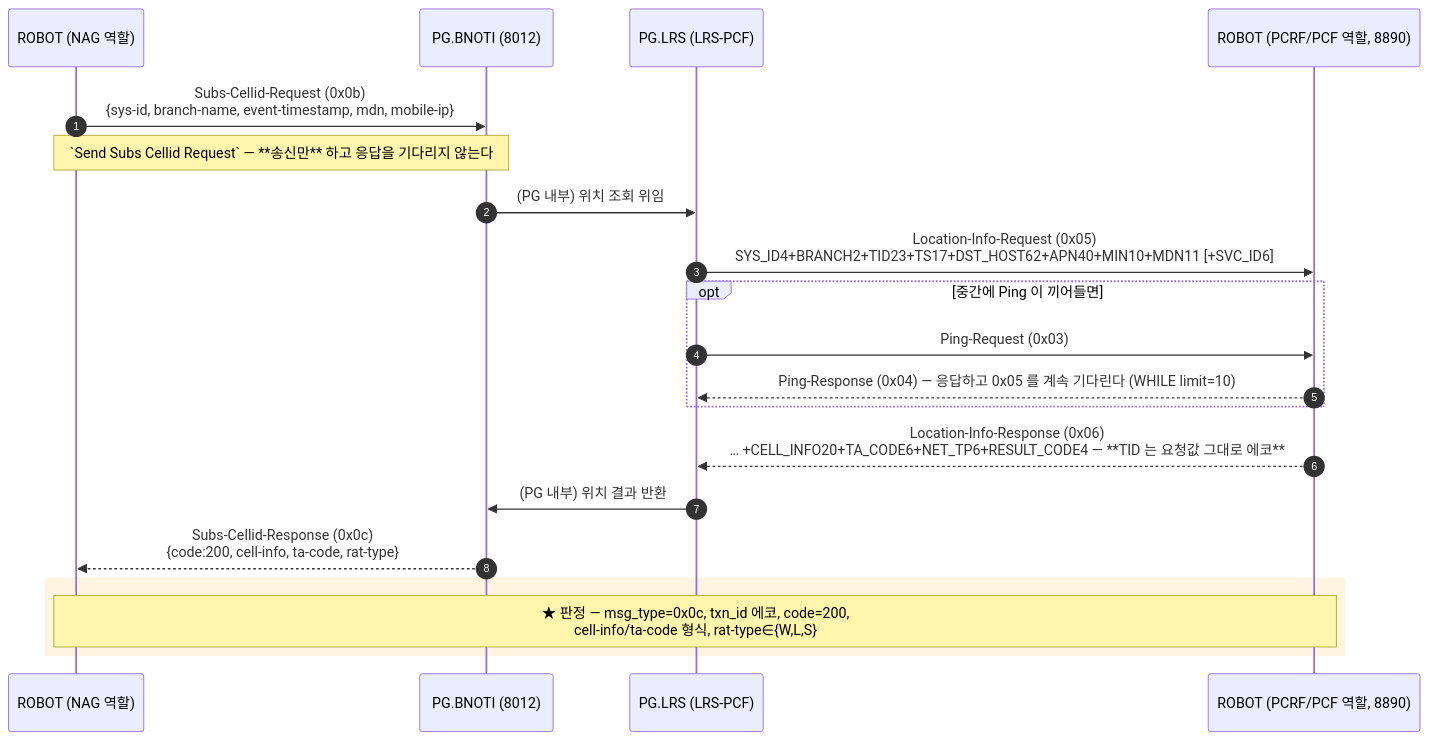
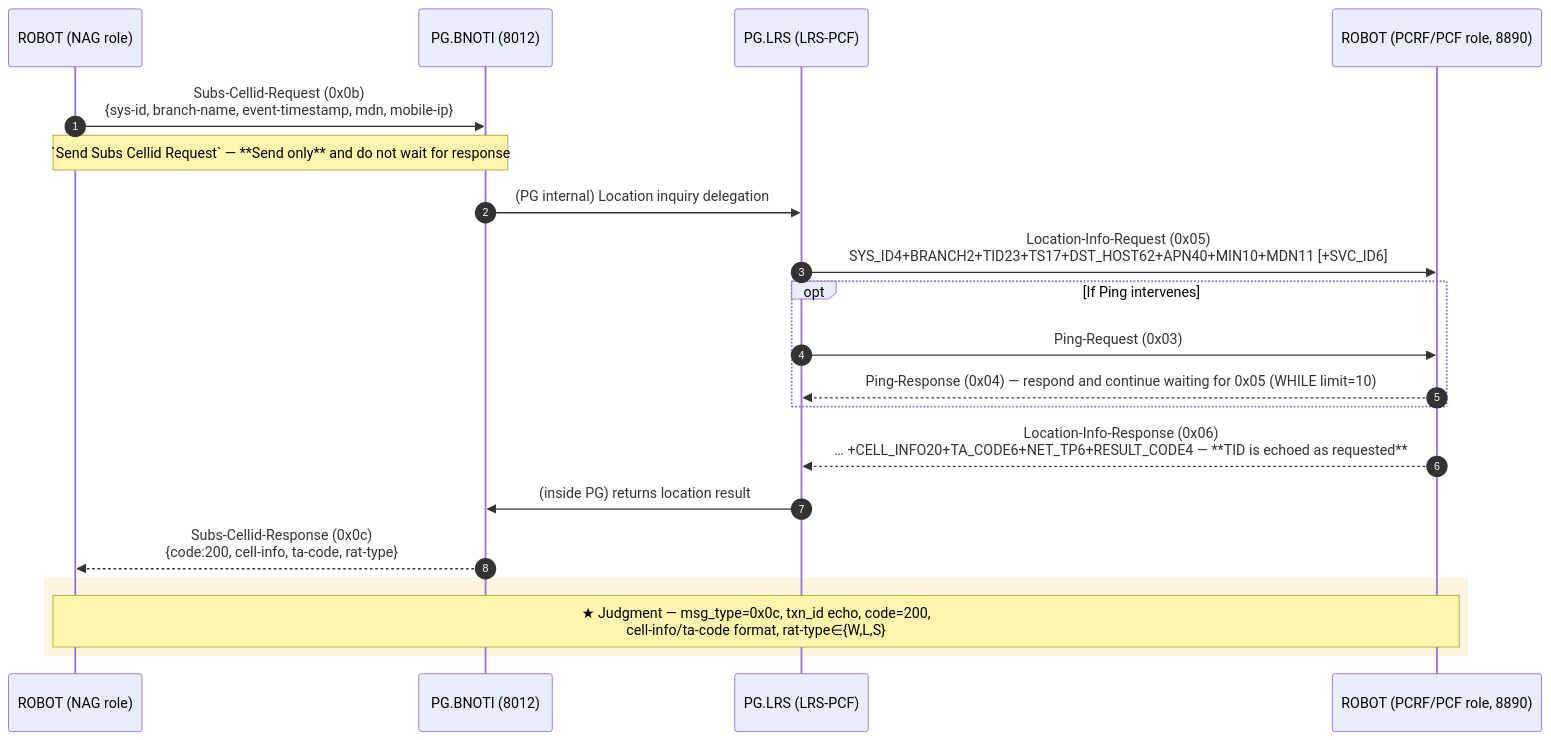
Before and after one commit to IanKim2030/tc4robot: the fourth of 5 diagrams in docs/callflow/nag_callflow.md, drawn with Mermaid. The commit also changed other lines of this file and 83 other files, not shown here.

````diff
--- a/docs/callflow/nag_callflow.md
+++ b/docs/callflow/nag_callflow.md
@@ -130,26 +130,26 @@
 ```mermaid
 sequenceDiagram
     autonumber
-    participant TOOL as ROBOT (NAG 역할)
+    participant TOOL as ROBOT (NAG role)
     participant PG as PG.BNOTI (8012)
     participant PLRS as PG.LRS (LRS-PCF)
-    participant SRV as ROBOT (PCRF/PCF 역할, 8890)
+    participant SRV as ROBOT (PCRF/PCF role, 8890)
 
     TOOL->>PG: Subs-Cellid-Request (0x0b)<br/>{sys-id, branch-name, event-timestamp, mdn, mobile-ip}
-    Note over TOOL,PG: `Send Subs Cellid Request` — **송신만** 하고 응답을 기다리지 않는다
+    Note over TOOL,PG:`Send Subs Cellid Request` — **Send only** and do not wait for response
 
-    PG->>PLRS: (PG 내부) 위치 조회 위임
+    PG->>PLRS:(PG internal) Location inquiry delegation
     PLRS->>SRV: Location-Info-Request (0x05)<br/>SYS_ID4+BRANCH2+TID23+TS17+DST_HOST62+APN40+MIN10+MDN11 [+SVC_ID6]
-    opt 중간에 Ping 이 끼어들면
+    opt If Ping intervenes
         PLRS->>SRV: Ping-Request (0x03)
-        SRV-->>PLRS: Ping-Response (0x04) — 응답하고 0x05 를 계속 기다린다 (WHILE limit=10)
+        SRV-->>PLRS:Ping-Response (0x04) — respond and continue waiting for 0x05 (WHILE limit=10)
     end
-    SRV-->>PLRS: Location-Info-Response (0x06)<br/>… +CELL_INFO20+TA_CODE6+NET_TP6+RESULT_CODE4 — **TID 는 요청값 그대로 에코**
-    PLRS->>PG: (PG 내부) 위치 결과 반환
+    SRV-->>PLRS:Location-Info-Response (0x06)<br/>… +CELL_INFO20+TA_CODE6+NET_TP6+RESULT_CODE4 — **TID is echoed as requested**
+    PLRS->>PG:(inside PG) returns location result
 
     PG-->>TOOL: Subs-Cellid-Response (0x0c)<br/>{code:200, cell-info, ta-code, rat-type}
 
     rect rgba(255, 176, 32, 0.14)
-    Note over TOOL,SRV: ★ 판정 — msg_type=0x0c, txn_id 에코, code=200,<br/>cell-info/ta-code 형식, rat-type∈{W,L,S}
+    Note over TOOL,SRV:★ Judgment — msg_type=0x0c, txn_id echo, code=200,<br/>cell-info/ta-code format, rat-type∈{W,L,S}
     end
 ```
````
